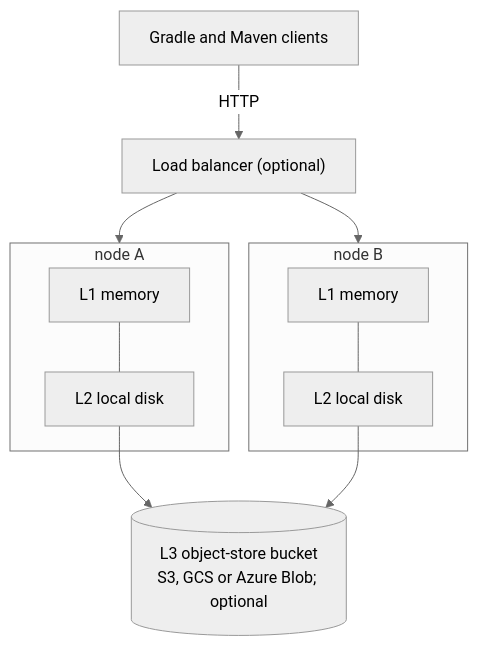
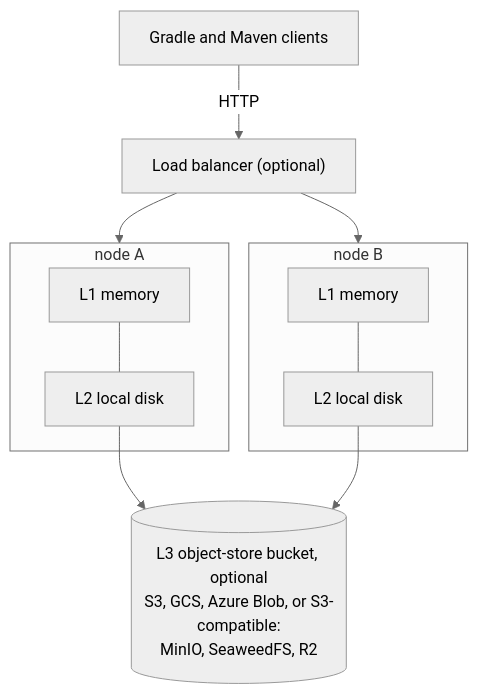
The first of 5 diagrams in docs/design/0003-architecture.md (nevzheng/mammoth-cache), drawn with Mermaid (neutral theme) before and after one commit. The commit also changed other lines of this file and 5 other files, not shown here.

````diff
--- a/docs/design/0003-architecture.md
+++ b/docs/design/0003-architecture.md
@@ -83,17 +83,17 @@
 ```mermaid
 flowchart TB
     clients["Gradle and Maven clients"]
     lb["Load balancer (optional)"]
     subgraph a["node A"]
         a1["L1 memory"] --- a2["L2 local disk"]
     end
     subgraph b["node B"]
         b1["L1 memory"] --- b2["L2 local disk"]
     end
-    bucket[("L3 object-store bucket<br/>S3, GCS or Azure Blob; optional")]
+    bucket[("L3 object-store bucket, optional<br/>S3, GCS, Azure Blob, or S3-compatible:<br/>MinIO, SeaweedFS, R2")]
     clients -- HTTP --> lb
     lb --> a
     lb --> b
     a2 --> bucket
     b2 --> bucket
 ```
````
